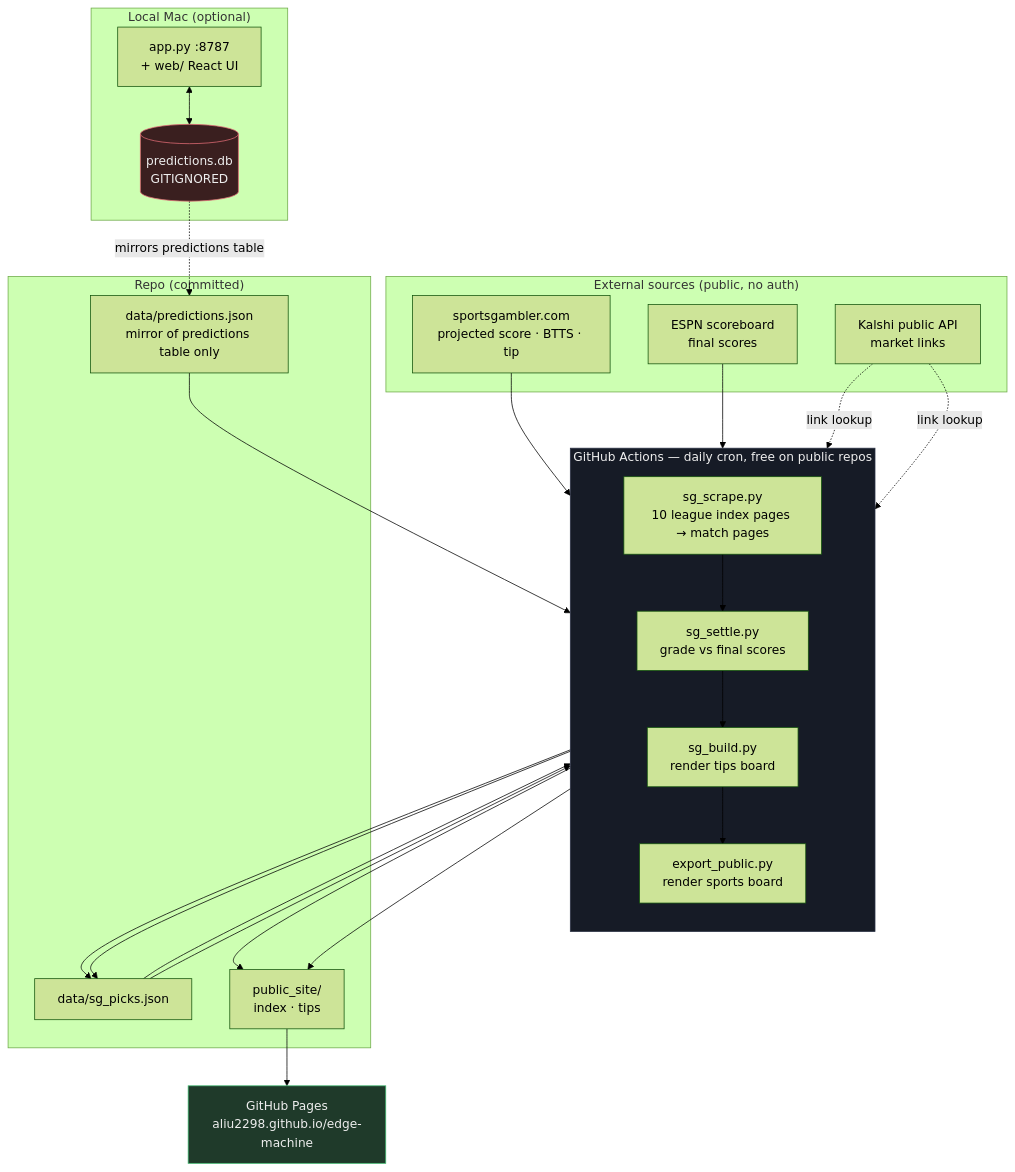
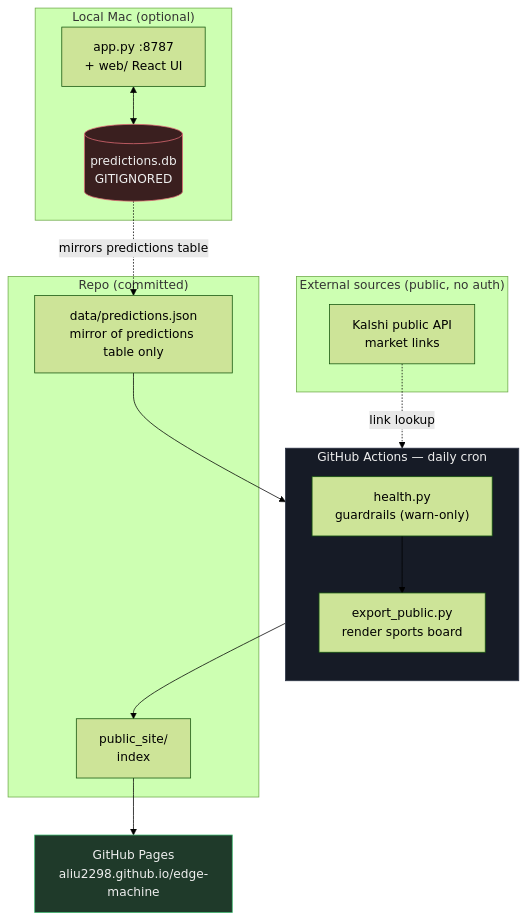
One commit to aliu2298/edge-machine changed the diagram in README.md. Above: the diagram before and after it, drawn with Mermaid (forest theme). The commit also changed other lines of this file and 12 other files, not shown here.

````diff
--- a/README.md
+++ b/README.md
@@ -18,46 +15,35 @@
 ```mermaid
 flowchart TB
-    subgraph CI["GitHub Actions — daily cron, free on public repos"]
+    subgraph CI["GitHub Actions — daily cron"]
         direction TB
-        SC["sg_scrape.py<br/>10 league index pages → match pages"]
-        SE["sg_settle.py<br/>grade vs final scores"]
-        SB["sg_build.py<br/>render tips board"]
+        HC["health.py<br/>guardrails (warn-only)"]
         EX["export_public.py<br/>render sports board"]
-        SC --> SE --> SB --> EX
+        HC --> EX
     end
 
     subgraph EXT["External sources (public, no auth)"]
-        SG["sportsgambler.com<br/>projected score · BTTS · tip"]
-        ESPN["ESPN scoreboard<br/>final scores"]
         KAL["Kalshi public API<br/>market links"]
     end
 
     subgraph REPO["Repo (committed)"]
-        SGJ["data/sg_picks.json"]
         PJ["data/predictions.json<br/>mirror of predictions table only"]
-        OUT["public_site/<br/>index · tips"]
+        OUT["public_site/<br/>index"]
     end
 
     subgraph LOCAL["Local Mac (optional)"]
         APP["app.py :8787<br/>+ web/ React UI"]
         DB[("predictions.db<br/>GITIGNORED")]
         APP <--> DB
     end
 
-    SG --> SC
-    ESPN --> SE
-    KAL -.link lookup.-> SB
     KAL -.link lookup.-> EX
 
-    SC --> SGJ
-    SGJ --> SE --> SGJ
-    SGJ --> SB --> OUT
     PJ --> EX --> OUT
     DB -.mirrors predictions table.-> PJ
 
     OUT --> PAGES["GitHub Pages<br/>aliu2298.github.io/edge-machine"]
 
     style DB fill:#3a1f1f,stroke:#e06c75,color:#eee
     style PAGES fill:#1f3a2a,stroke:#3fb970,color:#eee
     style CI fill:#161b26,stroke:#2b3245,color:#eee
 ```
````
